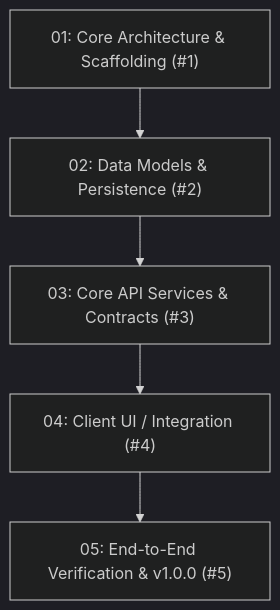
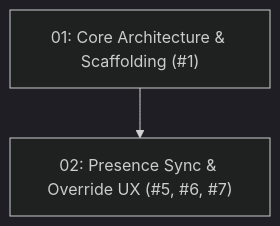
The diagram in .planning/README.md (SuperBypassUdinnn/simkuliah-presence-monitor), drawn with Mermaid (dark theme) before and after one commit. The commit also changed other lines of this file and 4 other files, not shown here.

First line of the commit message:
docs(planning): track presence sync and override UX issues

````diff
--- a/.planning/README.md
+++ b/.planning/README.md
@@ -11,7 +11,4 @@
 ```mermaid
 graph TD
-    P1["01: Core Architecture & Scaffolding (#1)"] --> P2["02: Data Models & Persistence (#2)"]
-    P2 --> P3["03: Core API Services & Contracts (#3)"]
-    P3 --> P4["04: Client UI / Integration (#4)"]
-    P4 --> P5["05: End-to-End Verification & v1.0.0 (#5)"]
+    P1["01: Core Architecture & Scaffolding (#1)"] --> P2["02: Presence Sync & Override UX (#5, #6, #7)"]
 ```
````
